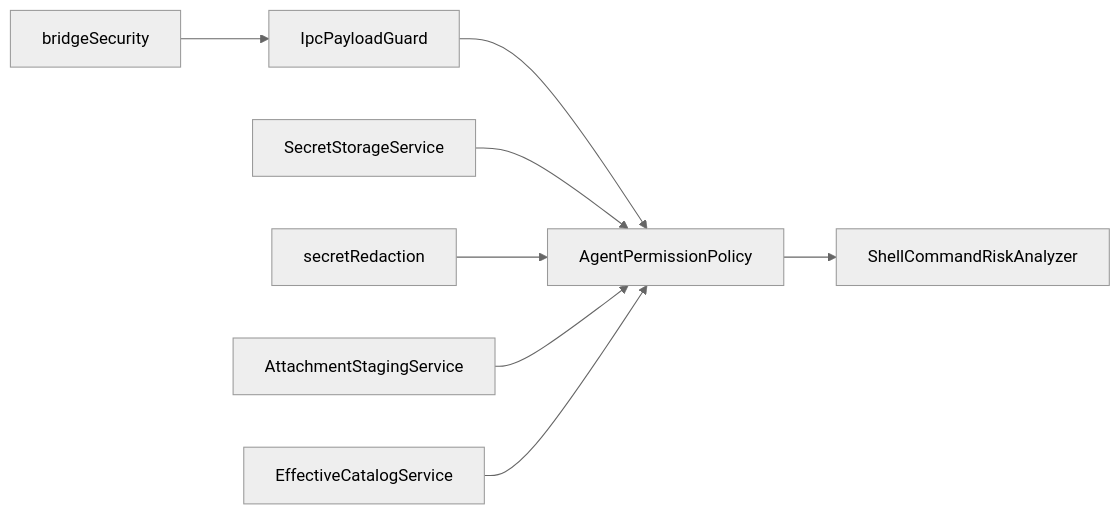
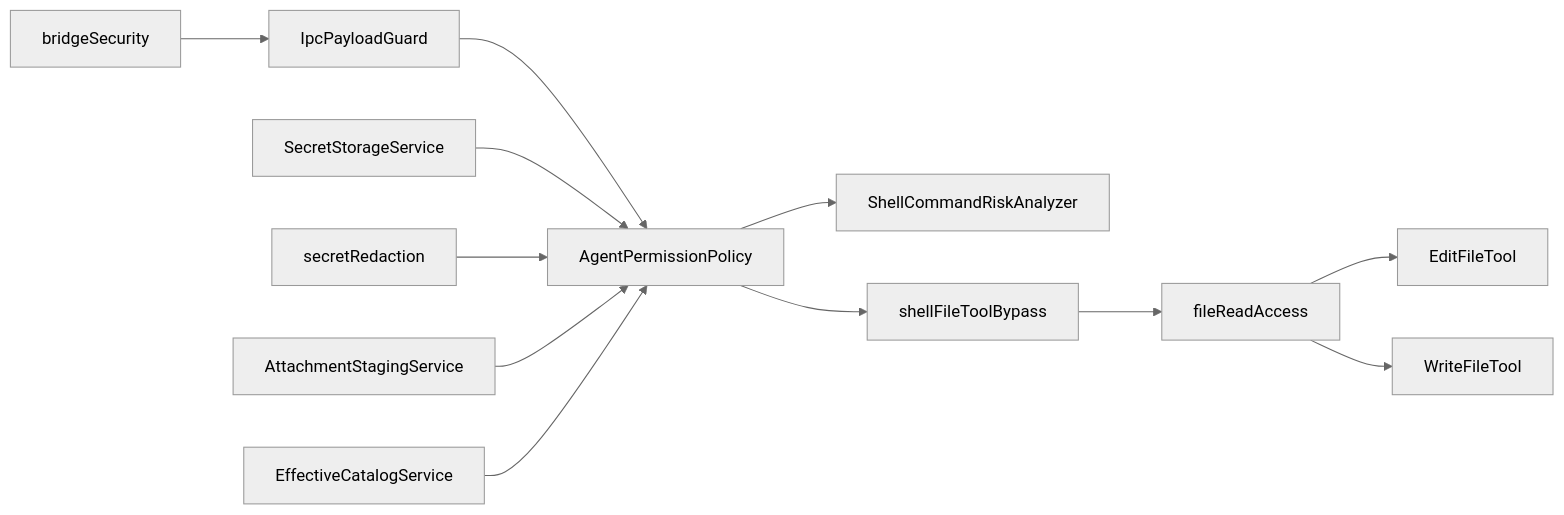
Diagram 11 of 11 in .qoder/repowiki/zh/content/安全考虑/安全考虑.md (haolange/RDC-Agent), drawn with Mermaid (neutral theme) before and after one commit. The commit also changed other lines of this file and 85 other files, not shown here.

````diff
--- a/.qoder/repowiki/zh/content/安全考虑/安全考虑.md
+++ b/.qoder/repowiki/zh/content/安全考虑/安全考虑.md
@@ -343,10 +442,14 @@
 ```mermaid
 graph LR
 IPG["IpcPayloadGuard"] --> POL["AgentPermissionPolicy"]
 POL --> SRA["ShellCommandRiskAnalyzer"]
+POL --> SFTB["shellFileToolBypass"]
+SFTB --> FRA["fileReadAccess"]
+FRA --> EFT["EditFileTool"]
+FRA --> WFT["WriteFileTool"]
 BR["bridgeSecurity"] --> IPG
 SS["SecretStorageService"] --> POL
 SR["secretRedaction"] --> POL
 AS["AttachmentStagingService"] --> POL
 EC["EffectiveCatalogService"] --> POL
 ```
````
